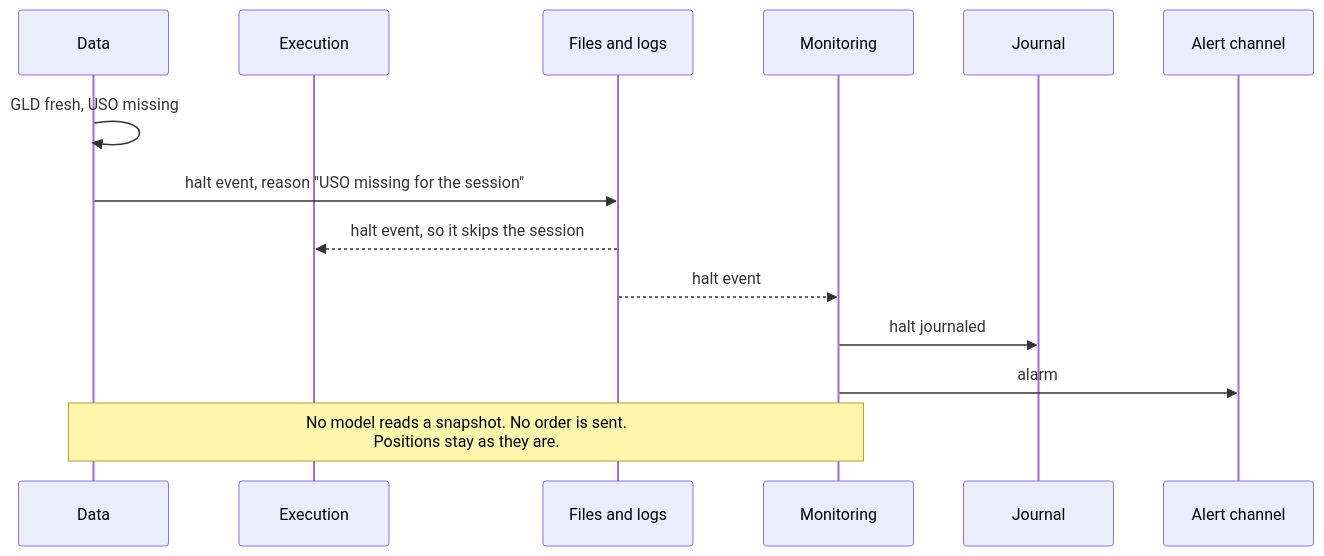
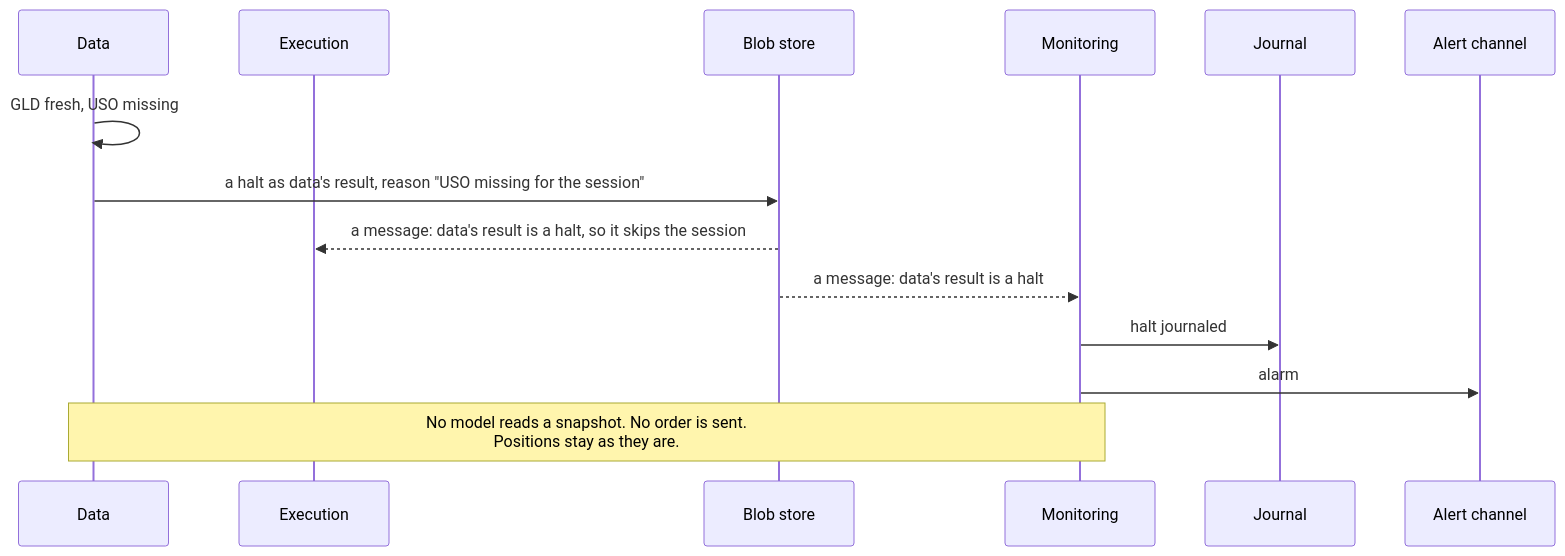
The fifth of 16 diagrams in docs/architecture.md (l3a0/ithildin-runtime), drawn with Mermaid before and after one commit. The commit also changed other lines of this file and 1 other file, not shown here.

````diff
--- a/docs/architecture.md
+++ b/docs/architecture.md
@@ -606,17 +601,17 @@
 ```mermaid
 sequenceDiagram
     participant D as Data
     participant X as Execution
-    participant F as Files and logs
+    participant F as Blob store
     participant M as Monitoring
     participant J as Journal
     participant L as Alert channel
 
     D->>D: GLD fresh, USO missing
-    D->>F: halt event, reason "USO missing for the session"
-    F-->>X: halt event, so it skips the session
-    F-->>M: halt event
+    D->>F: a halt as data's result, reason "USO missing for the session"
+    F-->>X: a message: data's result is a halt, so it skips the session
+    F-->>M: a message: data's result is a halt
     M->>J: halt journaled
     M->>L: alarm
     Note over D,M: No model reads a snapshot. No order is sent.<br/>Positions stay as they are.
 ```
````
